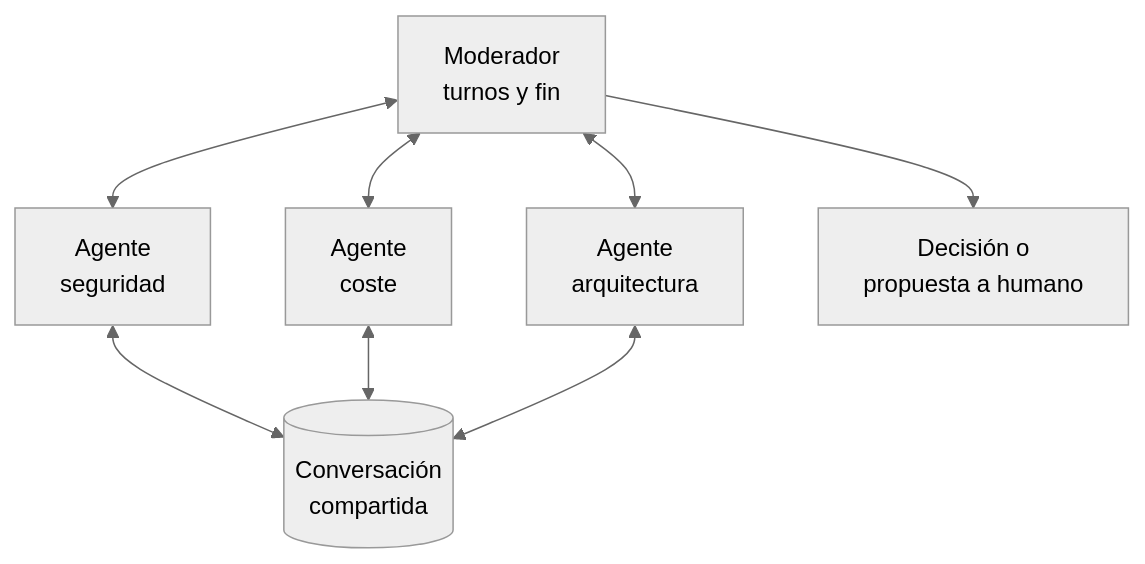
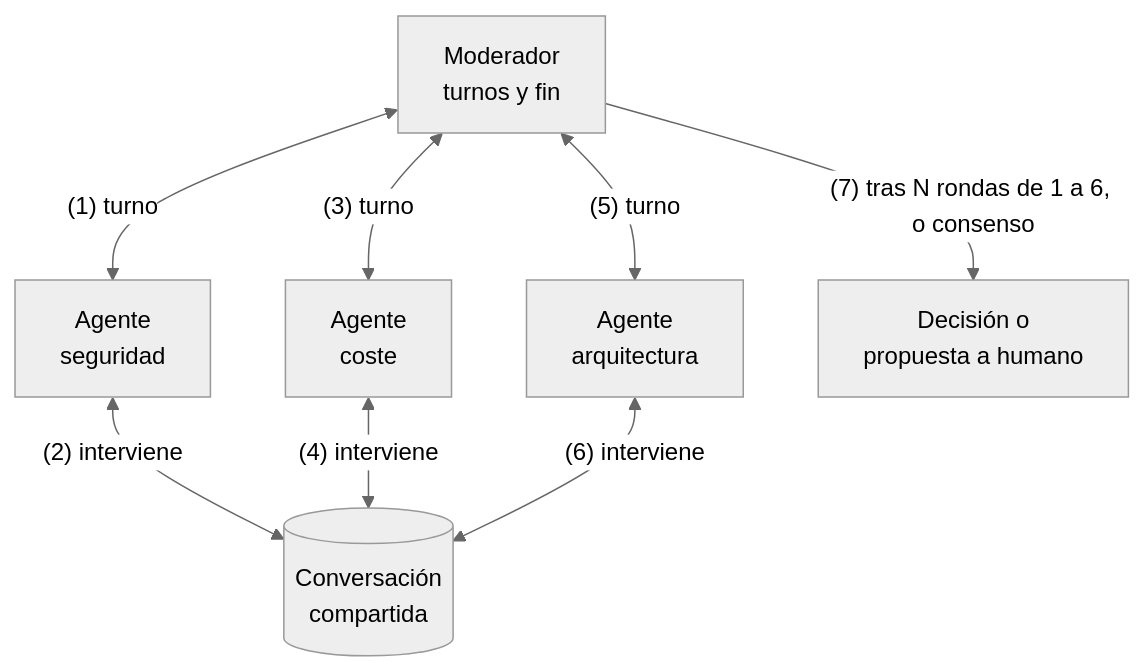
Before and after one commit to whinedo/ai-docs: diagram 16 of 47 in md/Patrones aplicados al desarrollo de agentes.md, drawn with Mermaid (neutral theme). The commit also changed other lines of this file and 12 other files, not shown here.

````diff
--- a/md/Patrones aplicados al desarrollo de agentes.md
+++ b/md/Patrones aplicados al desarrollo de agentes.md
@@ -575,10 +723,10 @@
 ```mermaid
 flowchart TB
-  M["Moderador<br/>turnos y fin"] <--> P1["Agente<br/>seguridad"]
-  M <--> P2["Agente<br/>coste"]
-  M <--> P3["Agente<br/>arquitectura"]
-  P1 <--> CH[("Conversación<br/>compartida")]
-  P2 <--> CH
-  P3 <--> CH
-  M --> D["Decisión o<br/>propuesta a humano"]
+  M["Moderador<br/>turnos y fin"] <-- "(1) turno" --> P1["Agente<br/>seguridad"]
+  M <-- "(3) turno" --> P2["Agente<br/>coste"]
+  M <-- "(5) turno" --> P3["Agente<br/>arquitectura"]
+  P1 <-- "(2) interviene" --> CH[("Conversación<br/>compartida")]
+  P2 <-- "(4) interviene" --> CH
+  P3 <-- "(6) interviene" --> CH
+  M -- "(7) tras N rondas de 1 a 6, o consenso" --> D["Decisión o<br/>propuesta a humano"]
 ```
````
